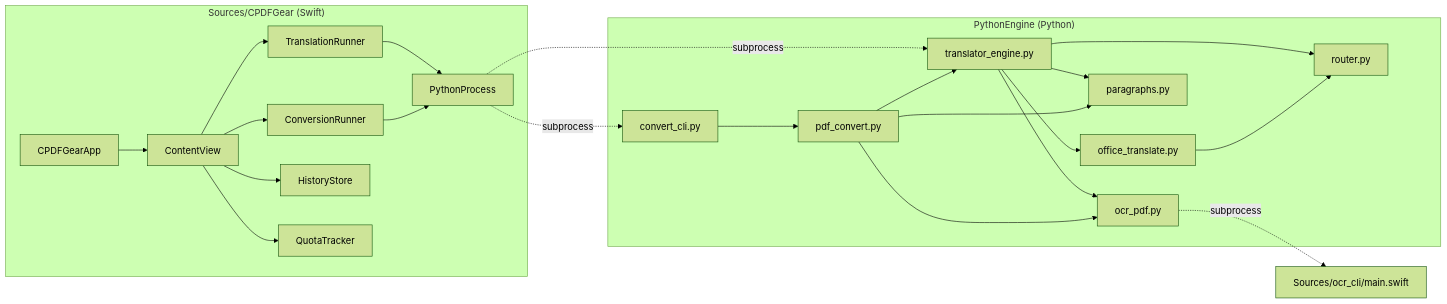
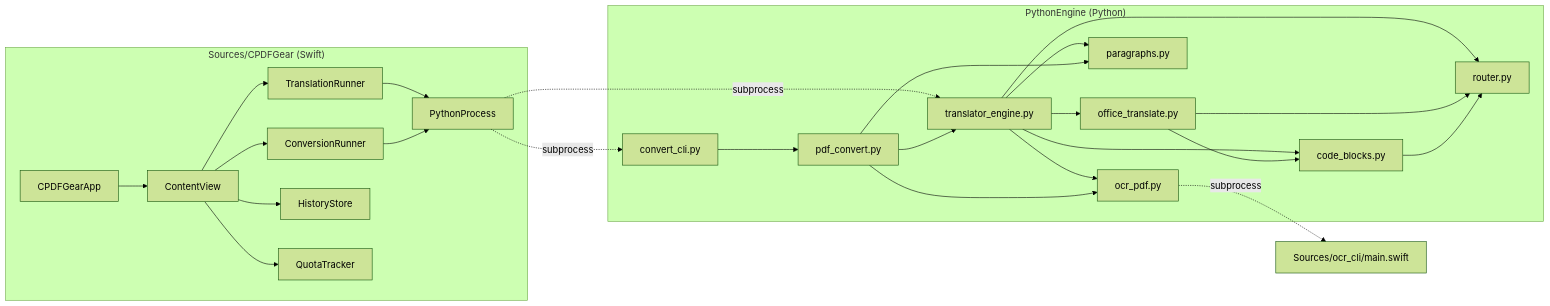
One commit to cuonghm89/doctools changed the diagram in SKELETON.md. Above: the diagram before and after it, drawn with Mermaid (forest theme). The commit also changed other lines of this file and 7 other files, not shown here.

````diff
--- a/SKELETON.md
+++ b/SKELETON.md
@@ -45,43 +46,47 @@
 ```mermaid
 graph LR
     subgraph Swift["Sources/CPDFGear (Swift)"]
         App[CPDFGearApp]
         CV[ContentView]
         TR[TranslationRunner]
         CR[ConversionRunner]
         PP[PythonProcess]
         HS[HistoryStore]
         QT[QuotaTracker]
     end
     OCRCLI["Sources/ocr_cli/main.swift"]
 
     subgraph Python["PythonEngine (Python)"]
         TE[translator_engine.py]
         OT[office_translate.py]
         PC[pdf_convert.py]
         RO[router.py]
+        CB[code_blocks.py]
         PA[paragraphs.py]
         OC[ocr_pdf.py]
         TCLI[convert_cli.py]
     end
 
     App --> CV
     CV --> TR
     CV --> CR
     CV --> HS
     CV --> QT
     TR --> PP
     CR --> PP
     PP -. subprocess .-> TE
     PP -. subprocess .-> TCLI
     TE --> RO
+    TE --> CB
     TE --> PA
     TE --> OC
     TE --> OT
     OT --> RO
+    OT --> CB
+    CB --> RO
     PC --> PA
     PC --> OC
     PC --> TE
     TCLI --> PC
     OC -. subprocess .-> OCRCLI
 ```
````
